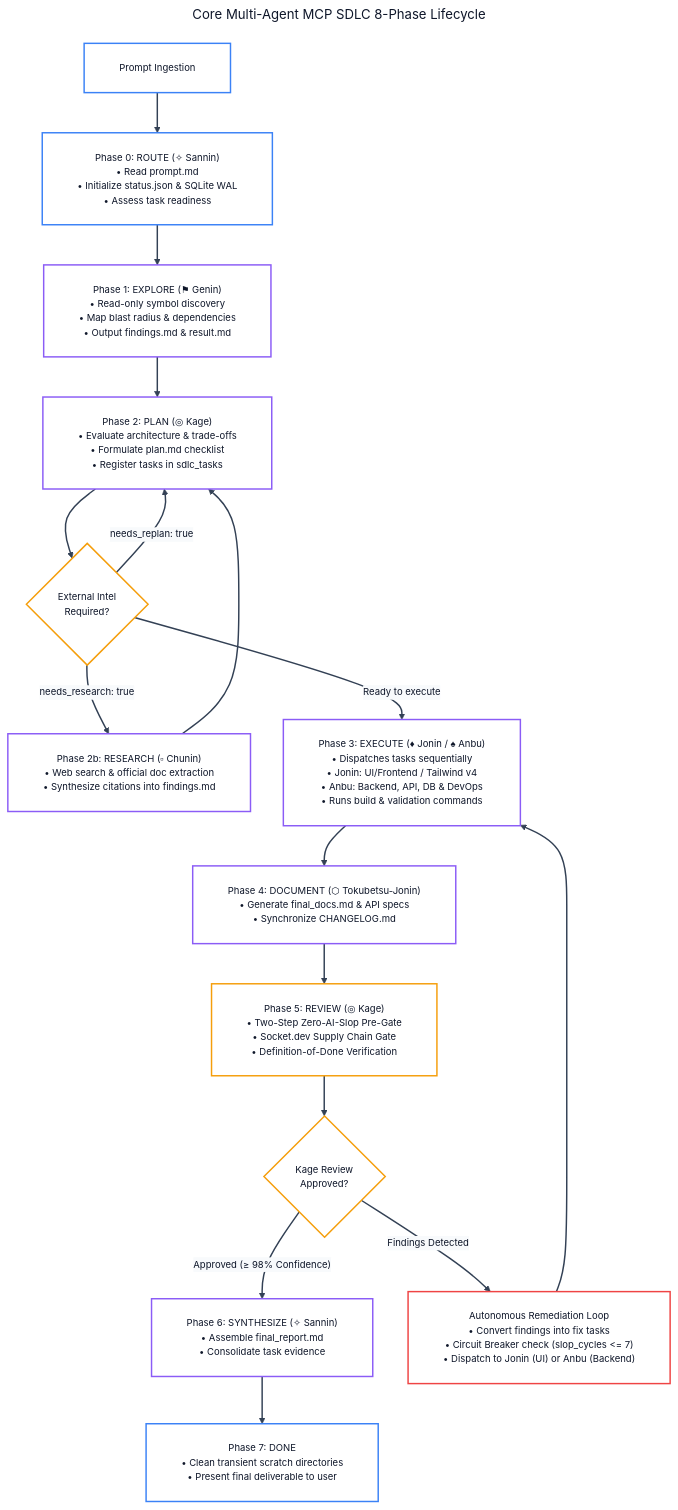
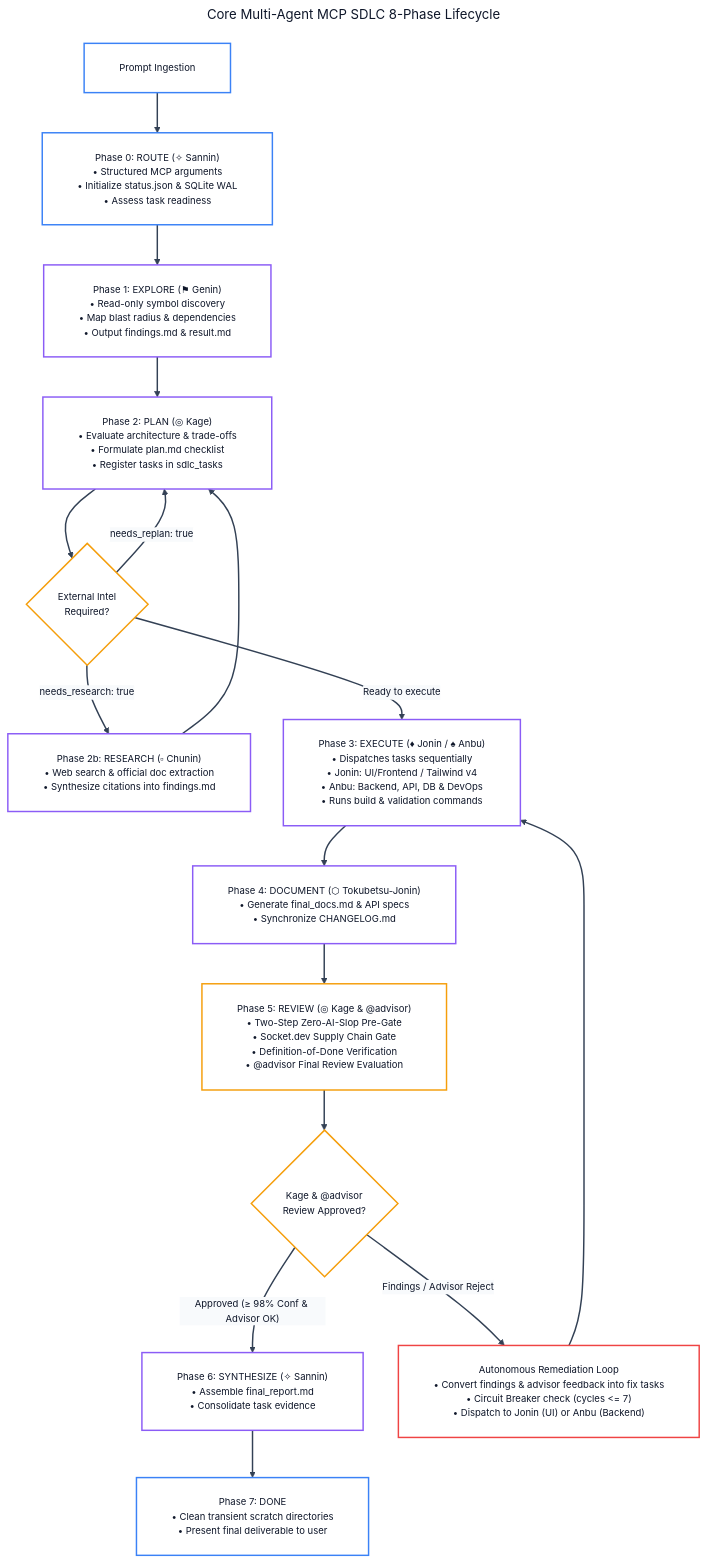
Before and after one commit to andycungkrinx91/konoha: the second of 14 diagrams in docs/ALL-WORKFLOW-DIAGRAMS.md, drawn with Mermaid. The commit also changed 30 other files, not shown here.

First line of the commit message:
feat(guardrails,workflow,docs): implement polyglot guardrails, @advisor review gate, OMP demo asset, and full 8-client sync

````diff
--- a/docs/ALL-WORKFLOW-DIAGRAMS.md
+++ b/docs/ALL-WORKFLOW-DIAGRAMS.md
@@ -107,58 +107,58 @@
 ```mermaid
 ---
 title: Core Multi-Agent MCP SDLC 8-Phase Lifecycle
 config:
   theme: base
   themeVariables:
     darkMode: false
     background: '#ffffff'
     mainBkg: '#ffffff'
     primaryColor: '#ffffff'
     primaryTextColor: '#0f172a'
     primaryBorderColor: '#8b5cf6'
     lineColor: '#334155'
     arrowheadColor: '#334155'
     secondaryColor: '#f8fafc'
     tertiaryColor: '#ffffff'
     fontFamily: 'Inter, system-ui, -apple-system, sans-serif'
     fontSize: '13px'
   flowchart:
     nodeSpacing: 45
     rankSpacing: 55
     padding: 24
     wrappingWidth: 380
 ---
 flowchart TD
-    Init["Prompt Ingestion"] --> Phase0["Phase 0: ROUTE (✧ Sannin)<br/>• Read prompt.md<br/>• Initialize status.json &amp; SQLite WAL<br/>• Assess task readiness"]
+    Init["Prompt Ingestion"] --> Phase0["Phase 0: ROUTE (✧ Sannin)<br/>• Structured MCP arguments<br/>• Initialize status.json &amp; SQLite WAL<br/>• Assess task readiness"]
     Phase0 --> Phase1["Phase 1: EXPLORE (⚑ Genin)<br/>• Read-only symbol discovery<br/>• Map blast radius &amp; dependencies<br/>• Output findings.md &amp; result.md"]
     Phase1 --> Phase2["Phase 2: PLAN (◎ Kage)<br/>• Evaluate architecture &amp; trade-offs<br/>• Formulate plan.md checklist<br/>• Register tasks in sdlc_tasks"]
 
     Phase2 --> CheckResearch{"External Intel<br/>Required?"}
     CheckResearch -- "needs_research: true" --> Phase2b["Phase 2b: RESEARCH (▫ Chunin)<br/>• Web search &amp; official doc extraction<br/>• Synthesize citations into findings.md"]
     Phase2b --> Phase2
     CheckResearch -- "needs_replan: true" --> Phase2
     CheckResearch -- "Ready to execute" --> Phase3["Phase 3: EXECUTE (♦ Jonin / ♠ Anbu)<br/>• Dispatches tasks sequentially<br/>• Jonin: UI/Frontend / Tailwind v4<br/>• Anbu: Backend, API, DB &amp; DevOps<br/>• Runs build &amp; validation commands"]
 
     Phase3 --> Phase4["Phase 4: DOCUMENT (⬡ Tokubetsu-Jonin)<br/>• Generate final_docs.md &amp; API specs<br/>• Synchronize CHANGELOG.md"]
-    Phase4 --> Phase5["Phase 5: REVIEW (◎ Kage)<br/>• Two-Step Zero-AI-Slop Pre-Gate<br/>• Socket.dev Supply Chain Gate<br/>• Definition-of-Done Verification"]
+    Phase4 --> Phase5["Phase 5: REVIEW (◎ Kage &amp; @advisor)<br/>• Two-Step Zero-AI-Slop Pre-Gate<br/>• Socket.dev Supply Chain Gate<br/>• Definition-of-Done Verification<br/>• @advisor Final Review Evaluation"]
 
-    Phase5 --> CheckReview{"Kage Review<br/>Approved?"}
-    CheckReview -- "Approved (≥ 98% Confidence)" --> Phase6["Phase 6: SYNTHESIZE (✧ Sannin)<br/>• Assemble final_report.md<br/>• Consolidate task evidence"]
+    Phase5 --> CheckReview{"Kage &amp; @advisor<br/>Review Approved?"}
+    CheckReview -- "Approved (≥ 98% Conf &amp; Advisor OK)" --> Phase6["Phase 6: SYNTHESIZE (✧ Sannin)<br/>• Assemble final_report.md<br/>• Consolidate task evidence"]
     Phase6 --> Phase7["Phase 7: DONE<br/>• Clean transient scratch directories<br/>• Present final deliverable to user"]
 
-    CheckReview -- "Findings Detected" --> Remediation["Autonomous Remediation Loop<br/>• Convert findings into fix tasks<br/>• Circuit Breaker check (slop_cycles <= 7)<br/>• Dispatch to Jonin (UI) or Anbu (Backend)"]
+    CheckReview -- "Findings / Advisor Reject" --> Remediation["Autonomous Remediation Loop<br/>• Convert findings &amp; advisor feedback into fix tasks<br/>• Circuit Breaker check (cycles &lt;= 7)<br/>• Dispatch to Jonin (UI) or Anbu (Backend)"]
     Remediation --> Phase3
 
     linkStyle default stroke:#334155,stroke-width:2px;
 
     classDef routeNode fill:#ffffff,stroke:#3b82f6,color:#0f172a,stroke-width:2px;
     classDef executeNode fill:#ffffff,stroke:#8b5cf6,color:#0f172a,stroke-width:2px;
     classDef reviewNode fill:#ffffff,stroke:#f59e0b,color:#0f172a,stroke-width:2px;
     classDef failNode fill:#ffffff,stroke:#ef4444,color:#0f172a,stroke-width:2px;
     classDef passNode fill:#ffffff,stroke:#10b981,color:#0f172a,stroke-width:2px;
 
     class Init,Phase0,Phase7 routeNode;
     class Phase1,Phase2,Phase2b,Phase3,Phase4,Phase6 executeNode;
     class Phase5,CheckReview,CheckResearch reviewNode;
     class Remediation failNode;
 ```
````
